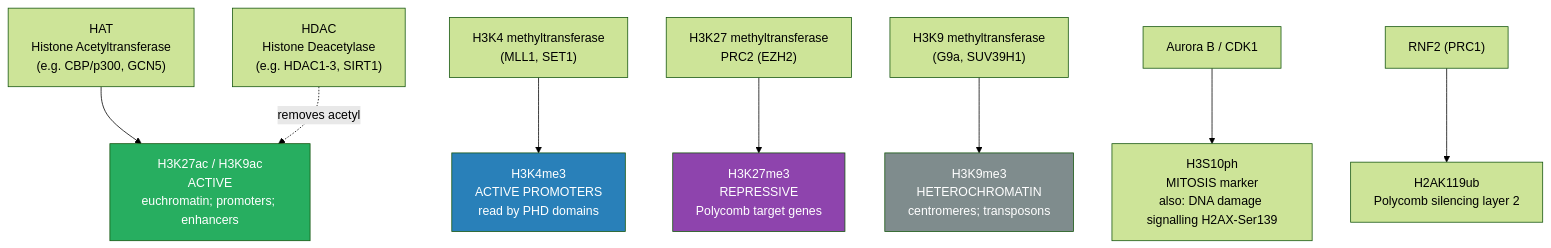
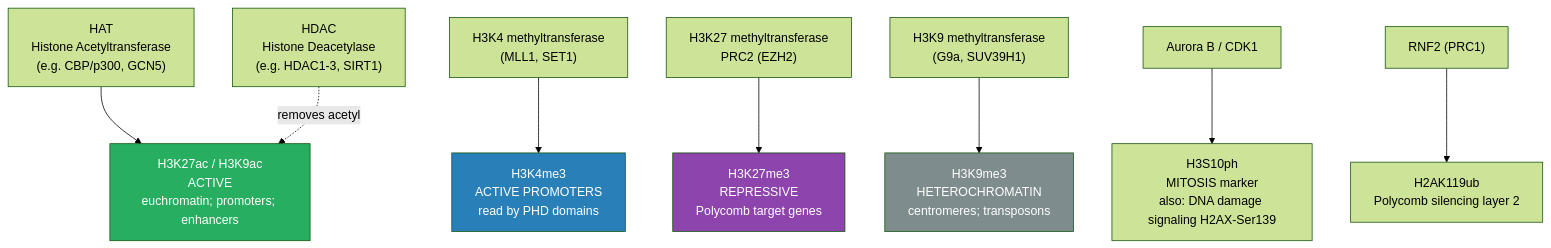
Before and after one commit to docxology/biology_textbook: the first of 5 diagrams in manuscript/unit_IV/chromatin_and_epigenetic_mechanisms.md, drawn with Mermaid (forest theme). The commit also changed other lines of this file and 247 other files, not shown here.

````diff
--- a/manuscript/unit_IV/chromatin_and_epigenetic_mechanisms.md
+++ b/manuscript/unit_IV/chromatin_and_epigenetic_mechanisms.md
@@ -138,17 +140,17 @@
 ```mermaid
 flowchart TD
     HAT["HAT\nHistone Acetyltransferase\n(e.g. CBP/p300, GCN5)"] --> Ac["H3K27ac / H3K9ac\nACTIVE\neuchromatin; promoters; enhancers"]
     HDAC["HDAC\nHistone Deacetylase\n(e.g. HDAC1-3, SIRT1)"] -.->|removes acetyl| Ac
 
     HMT_act["H3K4 methyltransferase\n(MLL1, SET1)"] --> Me_act["H3K4me3\nACTIVE PROMOTERS\nread by PHD domains"]
     HMT_rep["H3K27 methyltransferase\nPRC2 (EZH2)"] --> Me_rep["H3K27me3\nREPRESSIVE\nPolycomb target genes"]
     HMT_het["H3K9 methyltransferase\n(G9a, SUV39H1)"] --> Me_het["H3K9me3\nHETEROCHROMATIN\ncentromeres; transposons"]
 
-    Kinase["Aurora B / CDK1"] --> Phos["H3S10ph\nMITOSIS marker\nalso: DNA damage signalling H2AX-Ser139"]
+    Kinase["Aurora B / CDK1"] --> Phos["H3S10ph\nMITOSIS marker\nalso: DNA damage signaling H2AX-Ser139"]
     Ub["RNF2 (PRC1)"] --> UbH2A["H2AK119ub\nPolycomb silencing layer 2"]
 
     style Ac fill:#27ae60,color:#fff
     style Me_act fill:#2980b9,color:#fff
     style Me_rep fill:#8e44ad,color:#fff
     style Me_het fill:#7f8c8d,color:#fff
 ```
````
